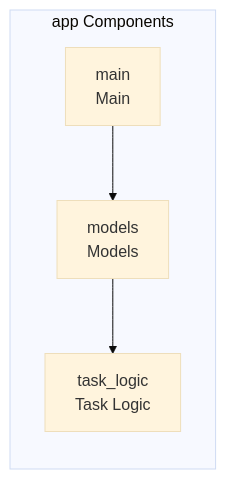
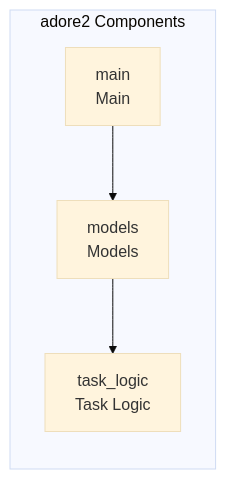
The third of 4 diagrams in README.md (Punyamittal/adore2), drawn with Mermaid (base theme) before and after one commit. The commit also changed other lines of this file, not shown here.

````diff
--- a/README.md
+++ b/README.md
@@ -380,10 +195,10 @@
 ```mermaid
 graph LR
-    subgraph App["app Components"]
+    subgraph App["adore2 Components"]
         main["main<br/>Main"]
         models["models<br/>Models"]
         task_logic["task_logic<br/>Task Logic"]
     end
     main --> models
     models --> task_logic
 ```
````
